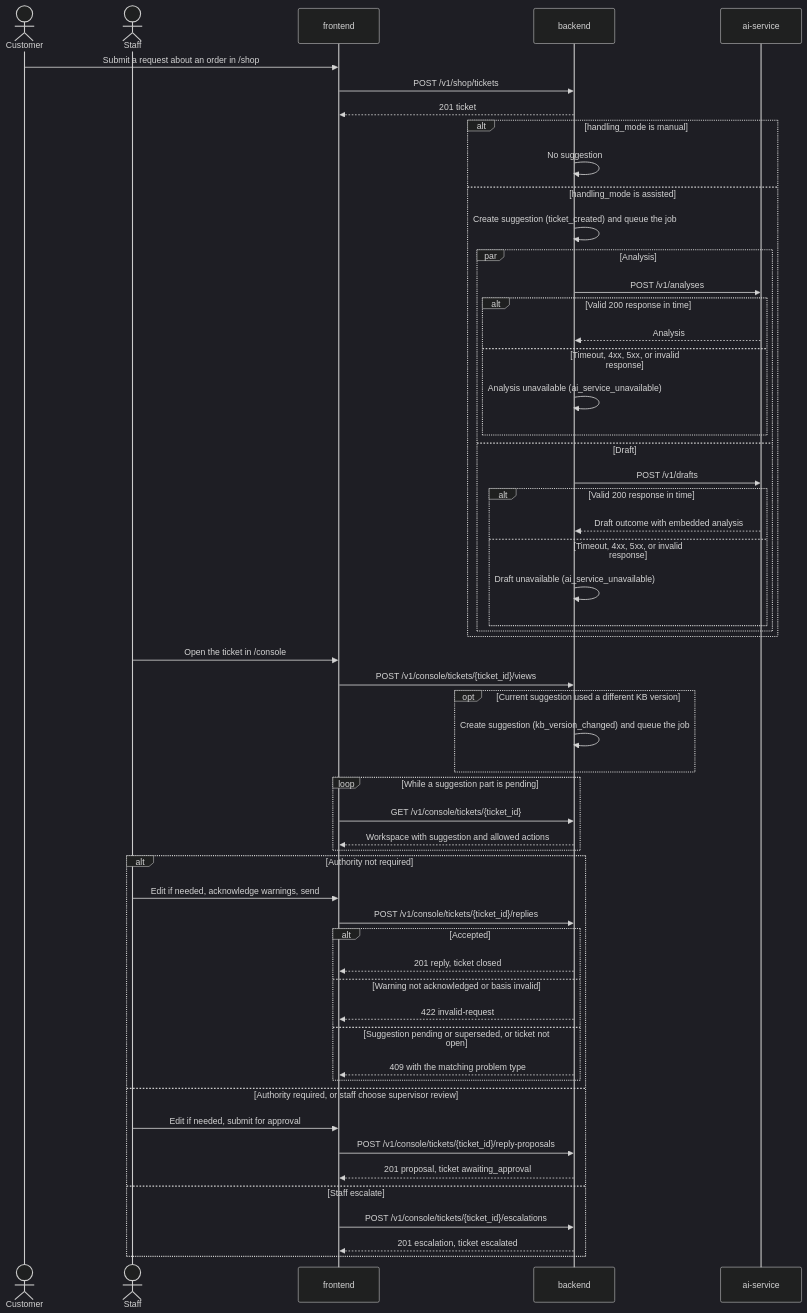
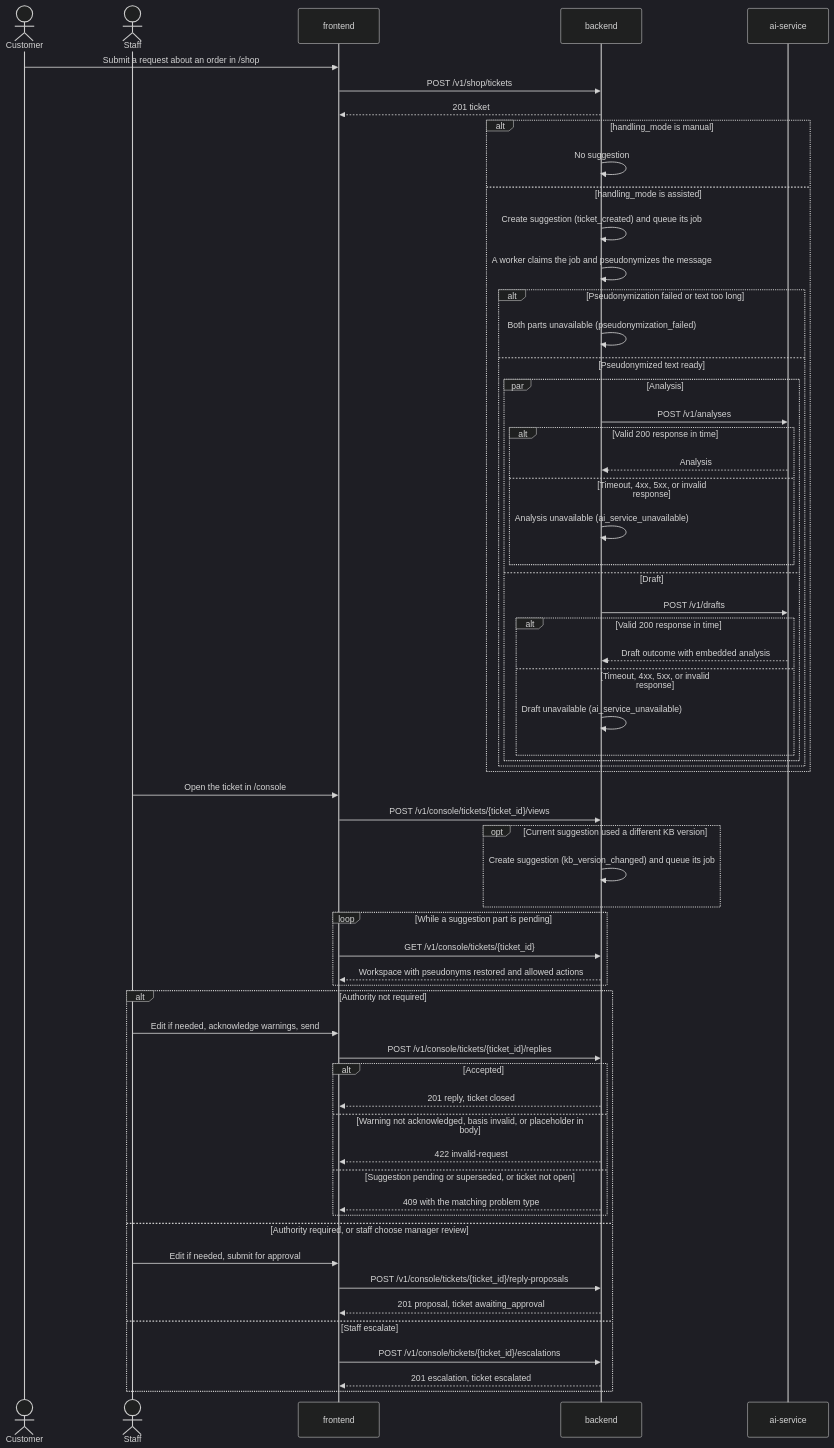
Before and after one commit to ml-system-design-nhom-5/SupportIQ: the second of 5 diagrams in docs/design/contracts-v1.md, drawn with Mermaid (dark theme). The commit also changed other lines of this file and 53 other files, not shown here.

````diff
--- a/docs/design/contracts-v1.md
+++ b/docs/design/contracts-v1.md
@@ -139,59 +195,64 @@
 ```mermaid
 sequenceDiagram
     actor Customer
     actor Staff
     participant FE as frontend
     participant BE as backend
     participant AI as ai-service
 
     Customer->>FE: Submit a request about an order in /shop
     FE->>BE: POST /v1/shop/tickets
     BE-->>FE: 201 ticket
     alt handling_mode is manual
         BE->>BE: No suggestion
     else handling_mode is assisted
-        BE->>BE: Create suggestion (ticket_created) and queue the job
-        par Analysis
-            BE->>AI: POST /v1/analyses
-            alt Valid 200 response in time
-                AI-->>BE: Analysis
-            else Timeout, 4xx, 5xx, or invalid response
-                BE->>BE: Analysis unavailable (ai_service_unavailable)
-            end
-        and Draft
-            BE->>AI: POST /v1/drafts
-            alt Valid 200 response in time
-                AI-->>BE: Draft outcome with embedded analysis
-            else Timeout, 4xx, 5xx, or invalid response
-                BE->>BE: Draft unavailable (ai_service_unavailable)
+        BE->>BE: Create suggestion (ticket_created) and queue its job
+        BE->>BE: A worker claims the job and pseudonymizes the message
+        alt Pseudonymization failed or text too long
+            BE->>BE: Both parts unavailable (pseudonymization_failed)
+        else Pseudonymized text ready
+            par Analysis
+                BE->>AI: POST /v1/analyses
+                alt Valid 200 response in time
+                    AI-->>BE: Analysis
+                else Timeout, 4xx, 5xx, or invalid response
+                    BE->>BE: Analysis unavailable (ai_service_unavailable)
+                end
+            and Draft
+                BE->>AI: POST /v1/drafts
+                alt Valid 200 response in time
+                    AI-->>BE: Draft outcome with embedded analysis
+                else Timeout, 4xx, 5xx, or invalid response
+                    BE->>BE: Draft unavailable (ai_service_unavailable)
+                end
             end
         end
     end
     Staff->>FE: Open the ticket in /console
     FE->>BE: POST /v1/console/tickets/{ticket_id}/views
     opt Current suggestion used a different KB version
-        BE->>BE: Create suggestion (kb_version_changed) and queue the job
+        BE->>BE: Create suggestion (kb_version_changed) and queue its job
     end
     loop While a suggestion part is pending
         FE->>BE: GET /v1/console/tickets/{ticket_id}
-        BE-->>FE: Workspace with suggestion and allowed actions
+        BE-->>FE: Workspace with pseudonyms restored and allowed actions
     end
     alt Authority not required
         Staff->>FE: Edit if needed, acknowledge warnings, send
         FE->>BE: POST /v1/console/tickets/{ticket_id}/replies
         alt Accepted
             BE-->>FE: 201 reply, ticket closed
-        else Warning not acknowledged or basis invalid
+        else Warning not acknowledged, basis invalid, or placeholder in body
             BE-->>FE: 422 invalid-request
         else Suggestion pending or superseded, or ticket not open
             BE-->>FE: 409 with the matching problem type
         end
-    else Authority required, or staff choose supervisor review
+    else Authority required, or staff choose manager review
         Staff->>FE: Edit if needed, submit for approval
         FE->>BE: POST /v1/console/tickets/{ticket_id}/reply-proposals
         BE-->>FE: 201 proposal, ticket awaiting_approval
     else Staff escalate
         FE->>BE: POST /v1/console/tickets/{ticket_id}/escalations
         BE-->>FE: 201 escalation, ticket escalated
     end
 ```
````
